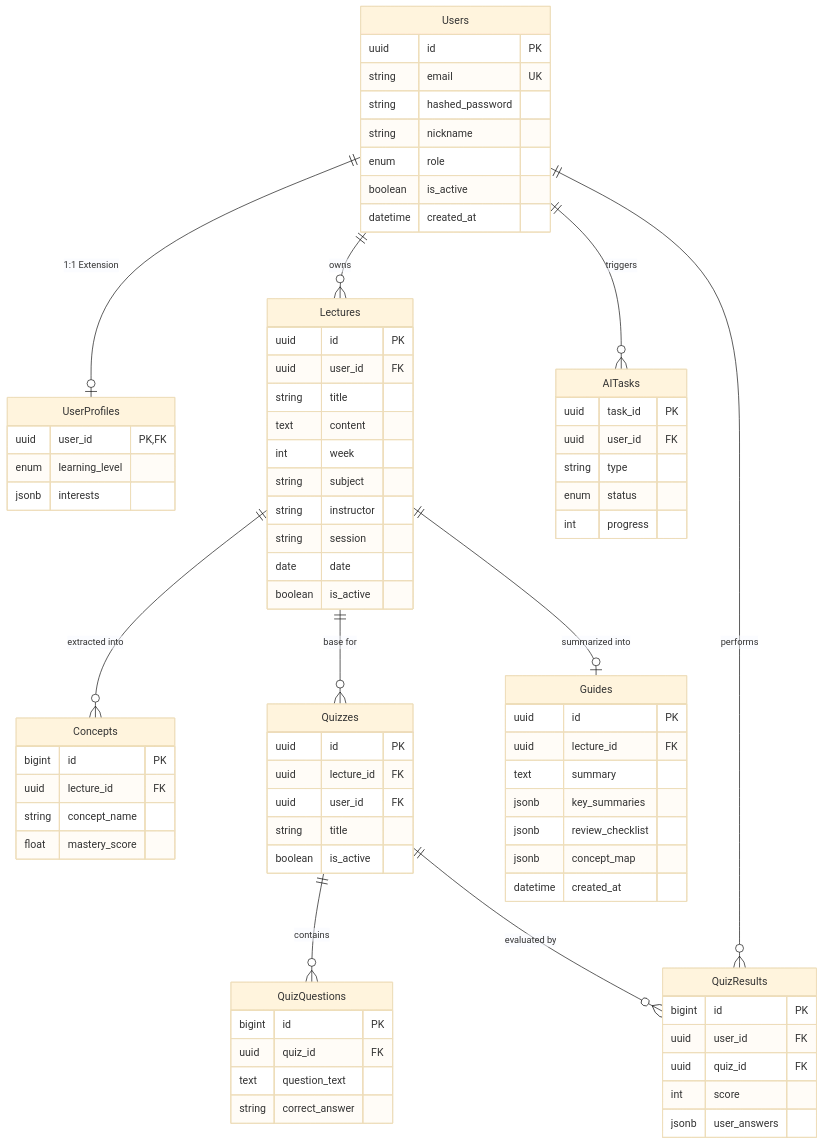
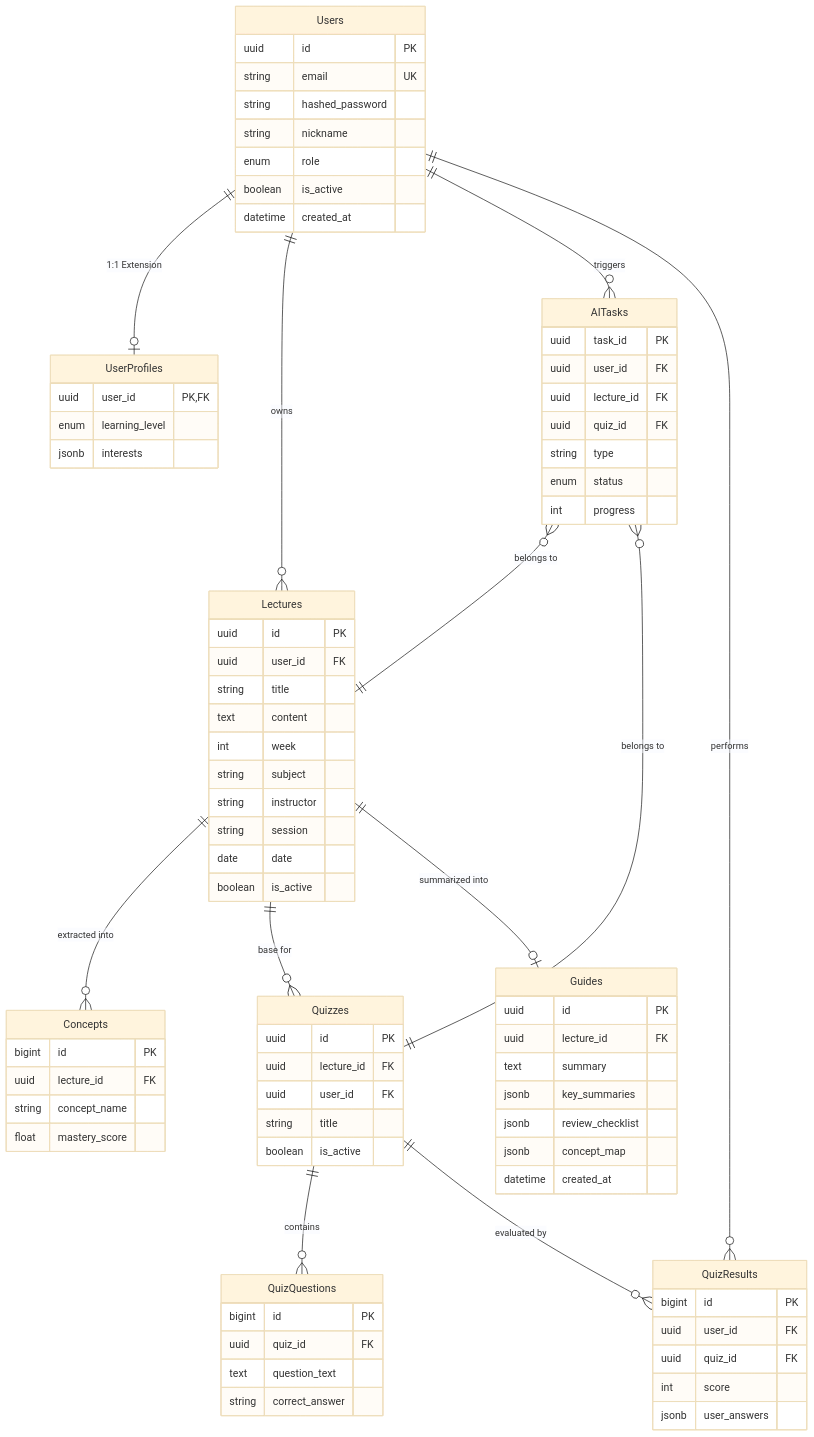
One commit to Mutsa-Rocketdan/Backend-API changed the diagram in docs/database_schema.md. Above: the diagram before and after it, drawn with Mermaid (base theme). The commit also changed other lines of this file and 5 other files, not shown here.

Commit message:
v2: Enable persistent linkage between AI tasks and lectures/quizzes

```diff
--- a/docs/database_schema.md
+++ b/docs/database_schema.md
@@ -31,6 +31,9 @@
     Users ||--o{ Lectures : "owns"
     Users ||--o{ AITasks : "triggers"
     Users ||--o{ QuizResults : "performs"
+    
+    AITasks }o--|| Lectures : "belongs to"
+    AITasks }o--|| Quizzes : "belongs to"
     
     Lectures ||--o{ Concepts : "extracted into"
     Lectures ||--o{ Quizzes : "base for"
@@ -74,6 +77,8 @@
     AITasks {
         uuid task_id PK
         uuid user_id FK
+        uuid lecture_id FK
+        uuid quiz_id FK
         string type
         enum status
         int progress
```
